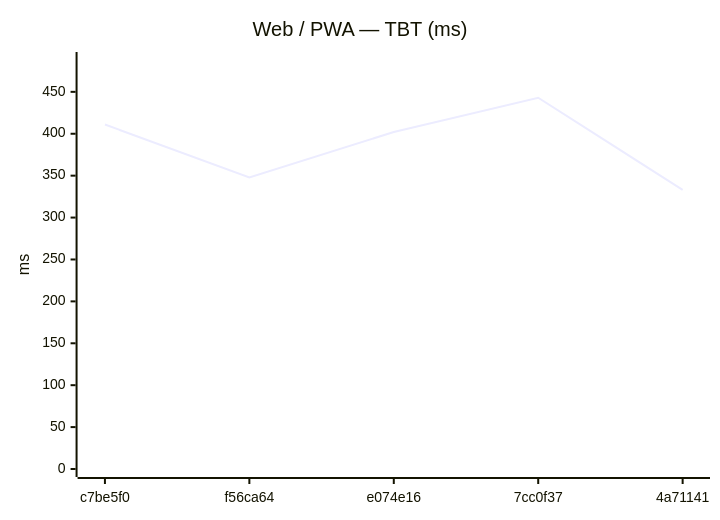
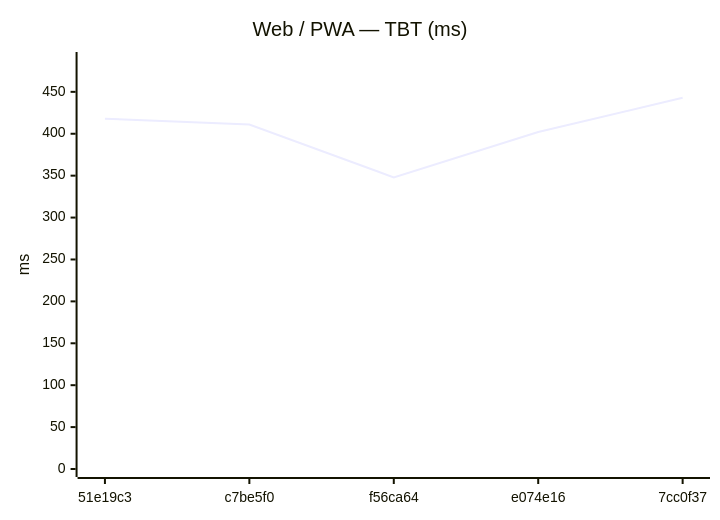
The eighth of 18 diagrams in benchmarks/compare.md (Metaheurist/Rianell), drawn with Mermaid before and after one commit. The commit also changed other lines of this file and 11 other files, not shown here.

````diff
--- a/benchmarks/compare.md
+++ b/benchmarks/compare.md
@@ -124,7 +124,7 @@
 ```mermaid
 xychart-beta
     title "Web / PWA — TBT (ms)"
-    x-axis ["c7be5f0", "f56ca64", "e074e16", "7cc0f37", "4a71141"]
+    x-axis ["51e19c3", "c7be5f0", "f56ca64", "e074e16", "7cc0f37"]
     y-axis "ms" 0 --> 488
-    line [411, 348, 402, 443, 333]
+    line [418, 411, 348, 402, 443]
 ```
````
